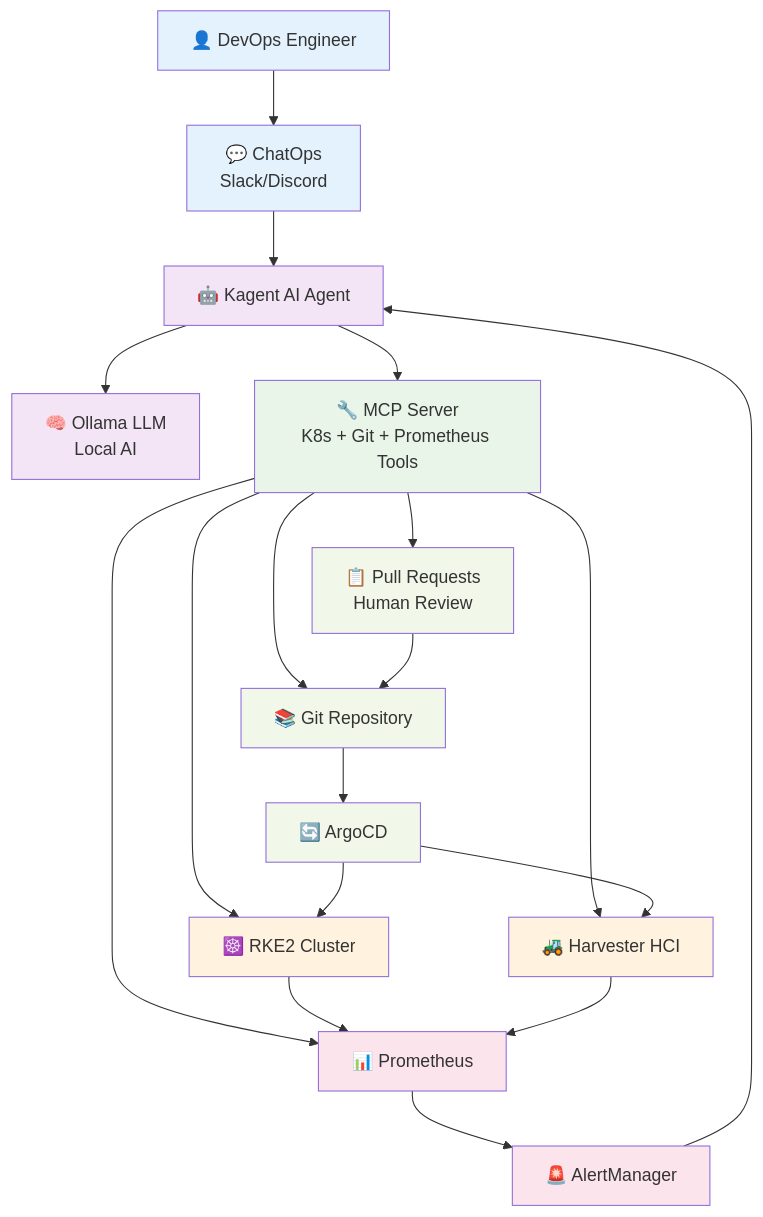
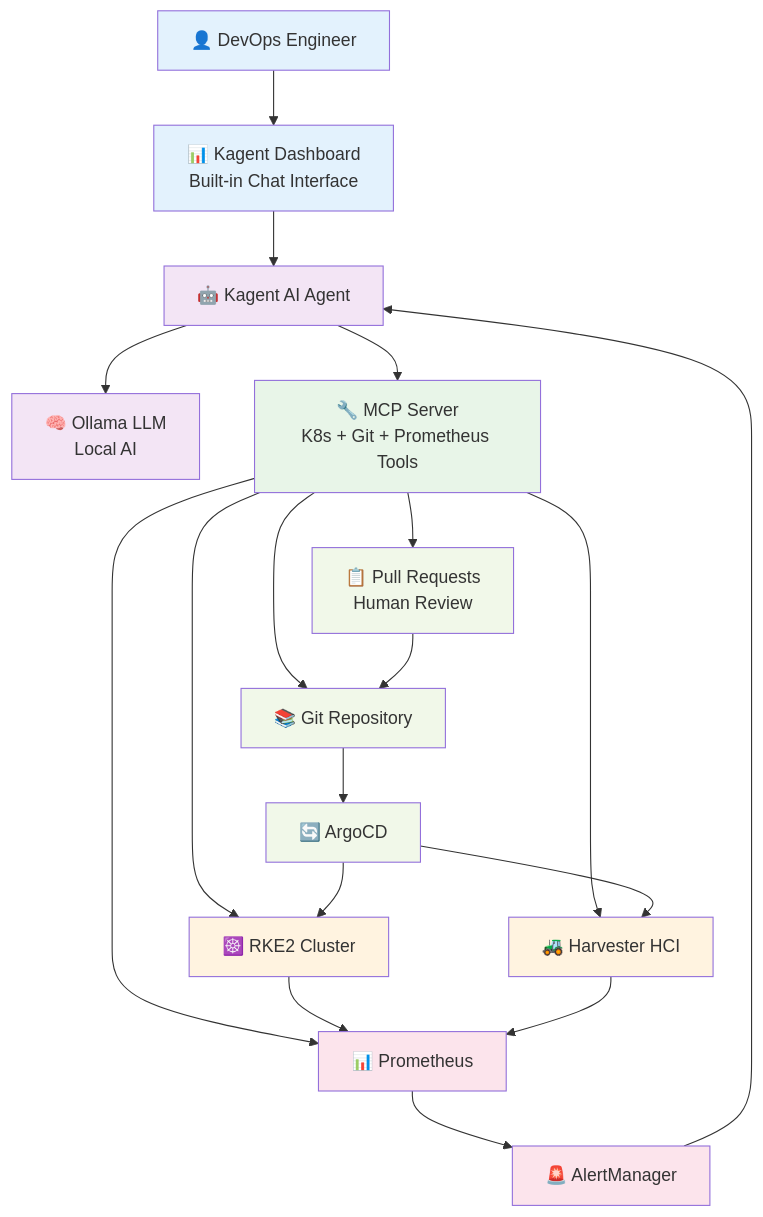
One commit to devenkulkarni/CFP-kagent changed the first of 3 diagrams in architecture-overview.md. Above: the diagram before and after it, drawn with Mermaid. The commit also changed other lines of this file and 1 other file, not shown here.

Commit message:
Simplify architecture: Remove external ChatOps, use built-in kagent dashboard

````diff
--- a/architecture-overview.md
+++ b/architecture-overview.md
@@ -5,60 +5,60 @@
 ```mermaid
 graph TB
     %% User Layer
     User[👤 DevOps Engineer]
-    ChatOps[💬 ChatOps<br/>Slack/Discord]
+    Dashboard[📊 Kagent Dashboard<br/>Built-in Chat Interface]
     
     %% AI Layer
     Kagent[🤖 Kagent AI Agent]
     Ollama[🧠 Ollama LLM<br/>Local AI]
     
     %% MCP Layer
     MCP[🔧 MCP Server<br/>K8s + Git + Prometheus Tools]
     
     %% Infrastructure
     RKE2[☸️ RKE2 Cluster]
     Harvester[🚜 Harvester HCI]
     
     %% Monitoring
     Prometheus[📊 Prometheus]
     Alerts[🚨 AlertManager]
     
     %% GitOps
     GitRepo[📚 Git Repository]
     ArgoCD[🔄 ArgoCD]
     PR[📋 Pull Requests<br/>Human Review]
     
     %% Connections
-    User --> ChatOps
-    ChatOps --> Kagent
+    User --> Dashboard
+    Dashboard --> Kagent
     Kagent --> Ollama
     Kagent --> MCP
     MCP --> RKE2
     MCP --> Harvester
     MCP --> Prometheus
     MCP --> GitRepo
     RKE2 --> Prometheus
     Harvester --> Prometheus
     Prometheus --> Alerts
     Alerts --> Kagent
     GitRepo --> ArgoCD
     ArgoCD --> RKE2
     ArgoCD --> Harvester
     MCP --> PR
     PR --> GitRepo
     
     %% Styling
     classDef userLayer fill:#e3f2fd
     classDef aiLayer fill:#f3e5f5
     classDef mcpLayer fill:#e8f5e8
     classDef infraLayer fill:#fff3e0
     classDef monitorLayer fill:#fce4ec
     classDef gitopsLayer fill:#f1f8e9
     
-    class User,ChatOps userLayer
+    class User,Dashboard userLayer
     class Kagent,Ollama aiLayer
     class MCP mcpLayer
     class RKE2,Harvester infraLayer
     class Prometheus,Alerts monitorLayer
     class GitRepo,ArgoCD,PR gitopsLayer
 ```
````
